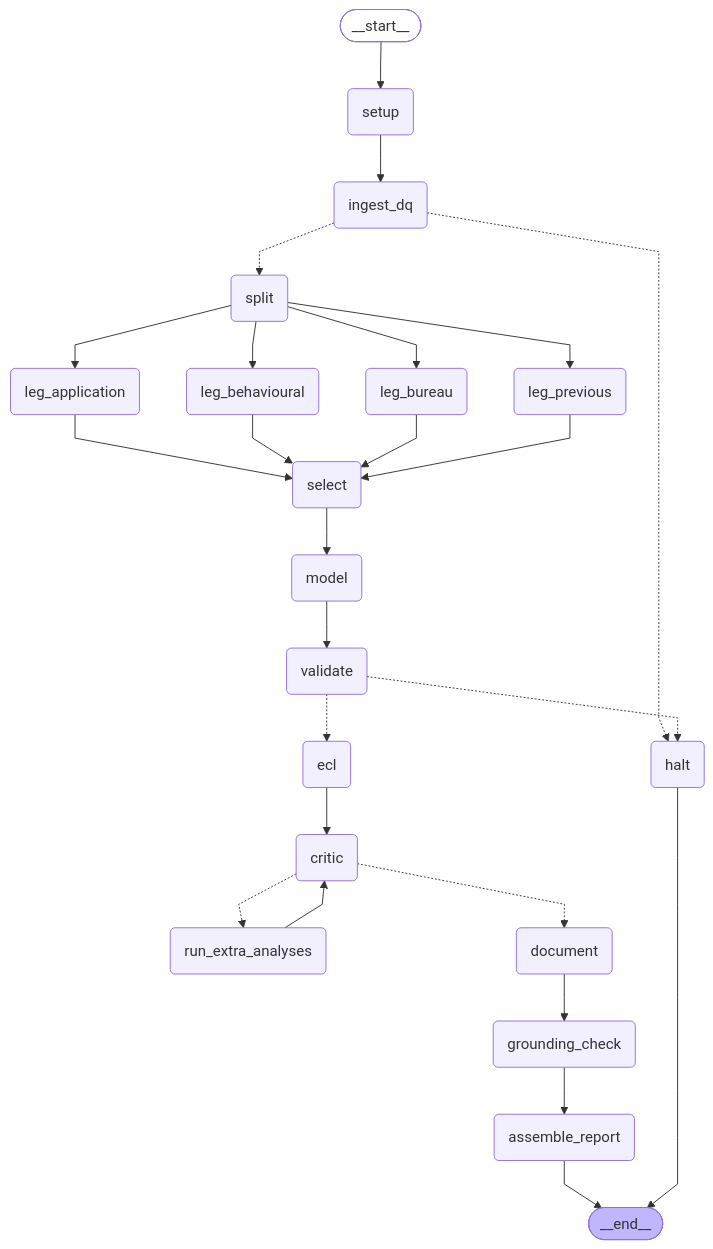
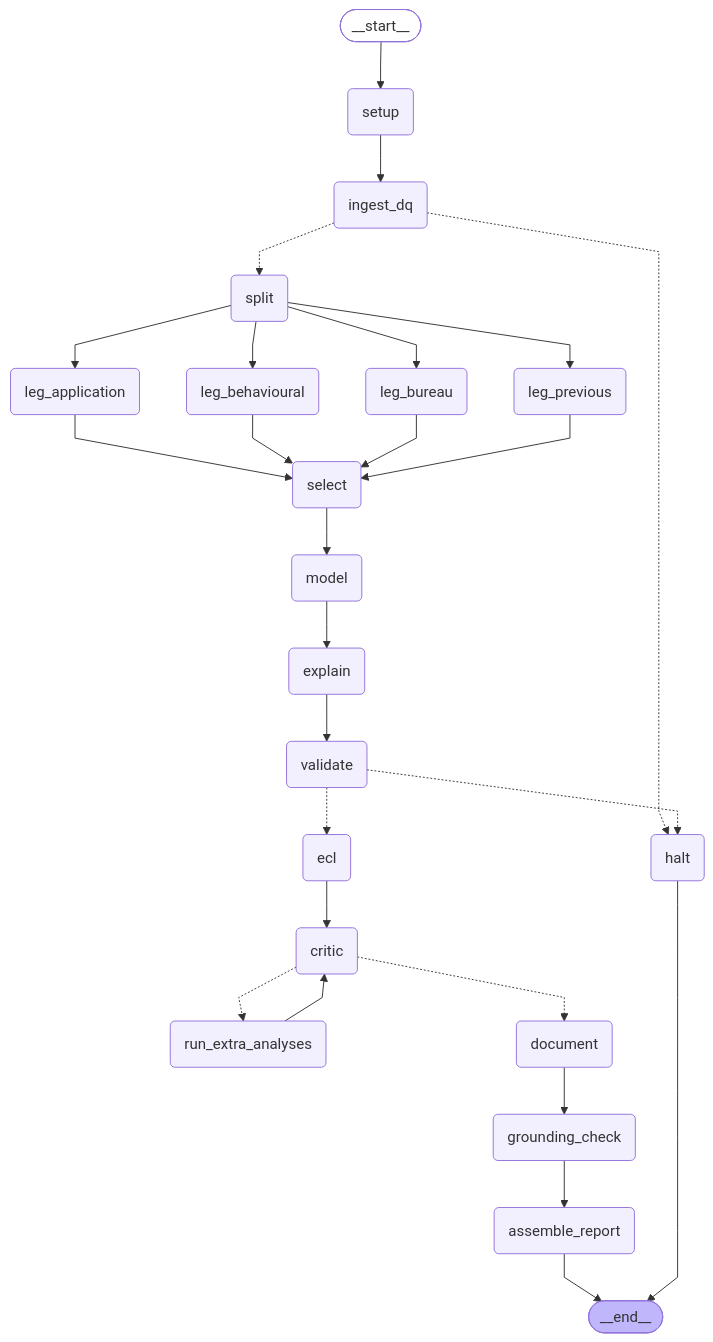
One commit to pranayvasa/agentic-credit-risk-pd-ecl changed the diagram in docs/graph.mmd. Above: the diagram before and after it, drawn with Mermaid. The commit also changed 29 other files, not shown here.

```diff
--- a/docs/graph.mmd
+++ b/docs/graph.mmd
@@ -1,52 +1,54 @@
 ---
 config:
   flowchart:
     curve: linear
 ---
 graph TD;
 	__start__([<p>__start__</p>]):::first
 	setup(setup)
 	ingest_dq(ingest_dq)
 	split(split)
 	leg_application(leg_application)
 	leg_bureau(leg_bureau)
 	leg_behavioural(leg_behavioural)
 	leg_previous(leg_previous)
 	select(select)
 	model(model)
+	explain(explain)
 	validate(validate)
 	ecl(ecl)
 	critic(critic)
 	run_extra_analyses(run_extra_analyses)
 	document(document)
 	grounding_check(grounding_check)
 	assemble_report(assemble_report)
 	halt(halt)
 	__end__([<p>__end__</p>]):::last
 	__start__ --> setup;
 	critic -.-> document;
 	critic -.-> run_extra_analyses;
 	document --> grounding_check;
 	ecl --> critic;
+	explain --> validate;
 	grounding_check --> assemble_report;
 	ingest_dq -.-> halt;
 	ingest_dq -.-> split;
 	leg_application --> select;
 	leg_behavioural --> select;
 	leg_bureau --> select;
 	leg_previous --> select;
-	model --> validate;
+	model --> explain;
 	run_extra_analyses --> critic;
 	select --> model;
 	setup --> ingest_dq;
 	split --> leg_application;
 	split --> leg_behavioural;
 	split --> leg_bureau;
 	split --> leg_previous;
 	validate -.-> ecl;
 	validate -.-> halt;
 	assemble_report --> __end__;
 	halt --> __end__;
 	classDef default fill:#f2f0ff,line-height:1.2
 	classDef first fill-opacity:0
 	classDef last fill:#bfb6fc
```
